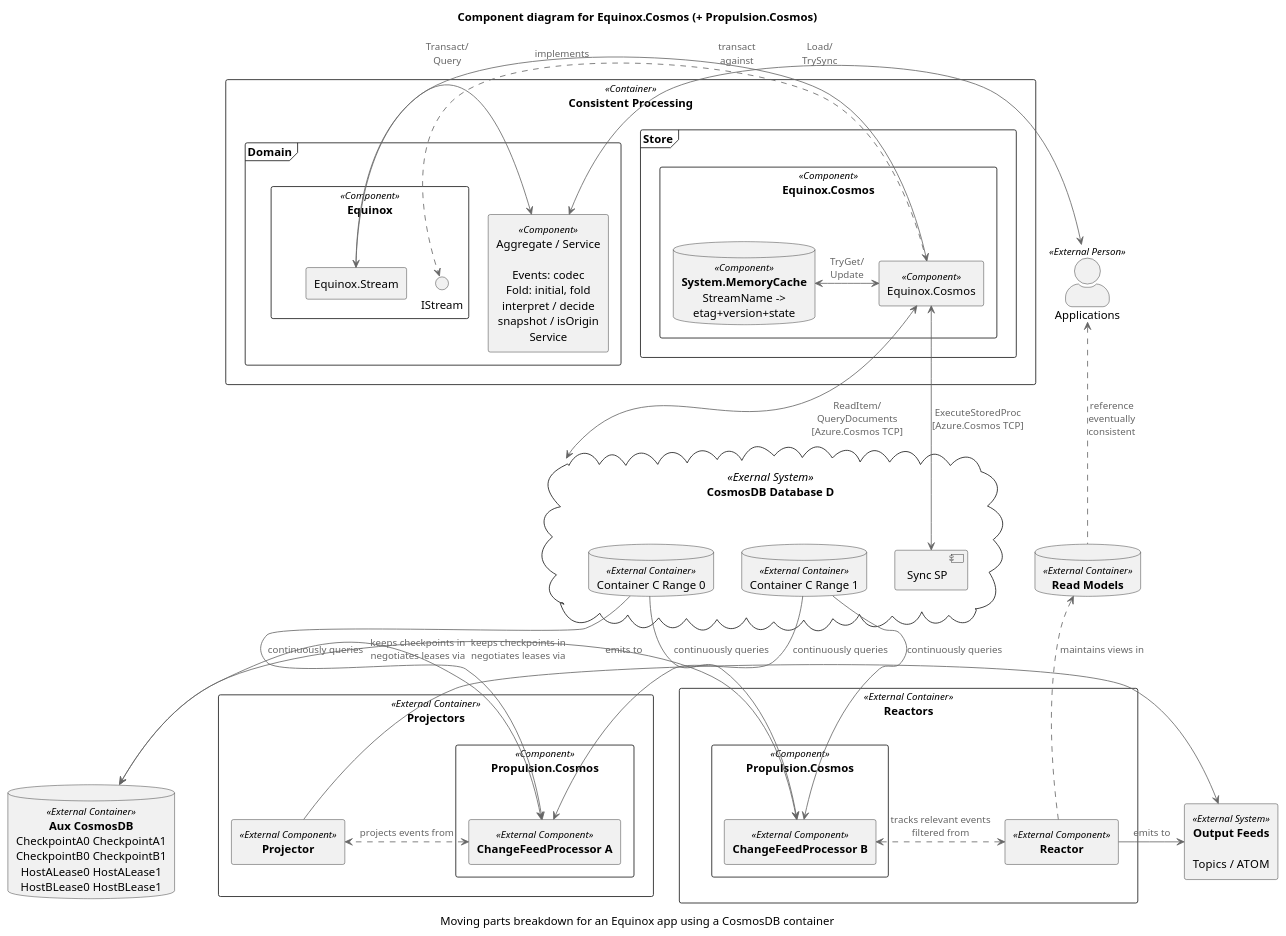
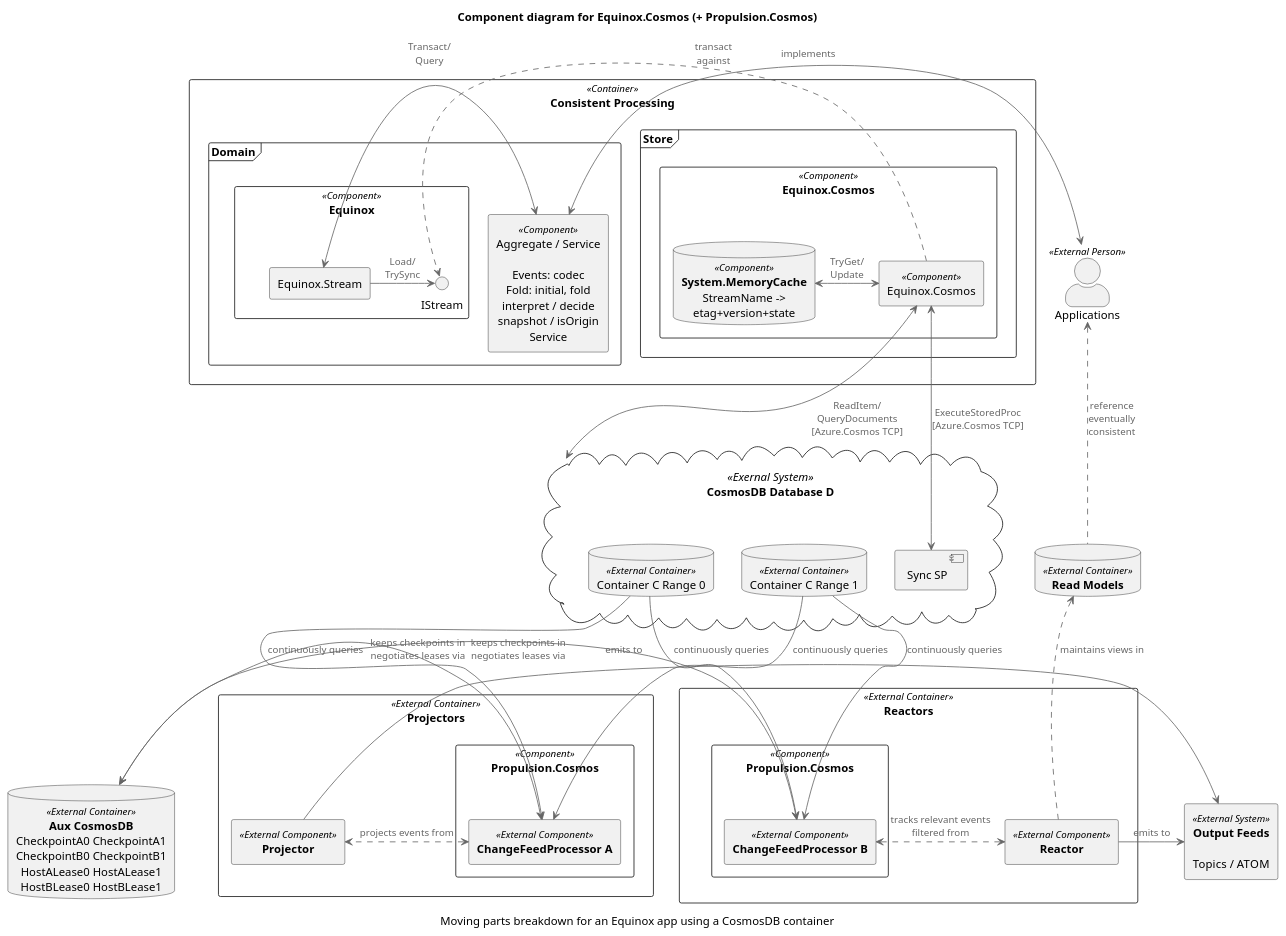
One commit to jet/equinox changed the diagram in diagrams/CosmosComponent.puml. Above: the diagram before and after it, drawn with PlantUML.

```diff
--- a/diagrams/CosmosComponent.puml
+++ b/diagrams/CosmosComponent.puml
@@ -1,121 +1,120 @@
 @startuml
 !includeurl https://raw.githubusercontent.com/skleanthous/C4-PlantumlSkin/master/build/output/c4.puml
 
 title Component diagram for Equinox.Cosmos (+ Propulsion.Cosmos)
 caption Moving parts breakdown for an Equinox app using a CosmosDB container
 
 actor "Applications" <<External Person>> as apps
 
 rectangle "Consistent Processing" <<Container>> {
     frame Domain {
         rectangle "Equinox" as eqx <<Component>> {
             rectangle stream [
                 Equinox.Stream
             ]
             interface IStream
         }
         rectangle aggregate <<Component>> [
             Aggregate / Service
 
             Events: codec
             Fold: initial, fold
             interpret / decide
             snapshot / isOrigin
             Service
         ]
     }
     frame Store {
         rectangle "Equinox.Cosmos" <<Component>> {
             database memorycache <<Component>> [
                 **System.MemoryCache**
                 StreamName ->
                 etag+version+state
             ]
             rectangle eqxcosmos <<Component>> [
                 Equinox.Cosmos
             ]
         }
     }
 }
 
 cloud "CosmosDB Database D" as cosmos <<Exernal System>> {
     node [Sync SP] as sync
     database "Container C Range 0" as cosmos0 <<External Container>>
     database "Container C Range 1" as cosmos1 <<External Container>>
 }
 
 together {
     rectangle "**Projectors**" <<External Container>> as projectors {
         rectangle projector <<External Component>> [
             **Projector**
         ]
         rectangle Propulsion.Cosmos as pc1 <<Component>> {
             rectangle cfp0 <<External Component>> [
                 **ChangeFeedProcessor A**
             ]
         }
     }
     database aux <<External Container>> [
         **Aux CosmosDB**
         CheckpointA0 CheckpointA1
         CheckpointB0 CheckpointB1
         HostALease0 HostALease1
         HostBLease0 HostBLease1
     ]
     rectangle "**Reactors**" <<External Container>> as reactors {
         rectangle reactor <<External Component>> [
             **Reactor**
         ]
         rectangle "Propulsion.Cosmos" as pc2 <<Component>> {
             rectangle cfp1 <<External Component>> [
                 **ChangeFeedProcessor B**
             ]
         }
     }
 }
 
 rectangle outputs <<External System>> [
     **Output Feeds**
 
     Topics / ATOM
 ]
 
 database caches <<External Container>> [
     **Read Models**
 ]
 
 apps      <.    caches      : reference\neventually\nconsistent
-apps      <-->  aggregate   : transact\nagainst
-
-aggregate <-L-> stream      : Transact/\nQuery
-stream       -> eqxcosmos   : Load/\nTrySync
-eqxcosmos <-> memorycache : TryGet/\nUpdate
+apps      <->   aggregate   : transact\nagainst
+aggregate   <-> stream      : Transact/\nQuery
+stream       -> IStream   : Load/\nTrySync
+eqxcosmos <->   memorycache : TryGet/\nUpdate
 eqxcosmos <->   sync        : ExecuteStoredProc\n[Azure.Cosmos TCP]
 eqxcosmos <->   cosmos      : ReadItem/\nQueryDocuments\n[Azure.Cosmos TCP]
 eqxcosmos    .> IStream     : implements
 
 cosmos0      -> cfp0        : continuously queries
 cosmos0      -> cfp1        : continuously queries
 cosmos1      -> cfp0        : continuously queries
 cosmos1      -> cfp1        : continuously queries
 
 cfp0      <->   aux         : keeps checkpoints in\nnegotiates leases via
 cfp1      <->   aux         : keeps checkpoints in\nnegotiates leases via
 cfp0      <.>   projector   : projects events from
 cfp1      <.>   reactor     : tracks relevant events filtered from
 
 projector    -> outputs     : emits to
 
 reactor      .> caches      : maintains views in
 reactor      -> outputs     : emits to
 
 apps      <-[hidden]L-> aggregate
 aggregate <-[hidden]L-> eqx
 eqxcosmos <-[hidden]L-> stream
 eqxcosmos <-[hidden]L-> memorycache
 stream    <-[hidden]D-> cosmos
 reactor   <-[hidden]U-> caches
 projector <-[hidden]U-> aux
 cosmos0   <-[hidden]D-> reactors
 
 @enduml
```
